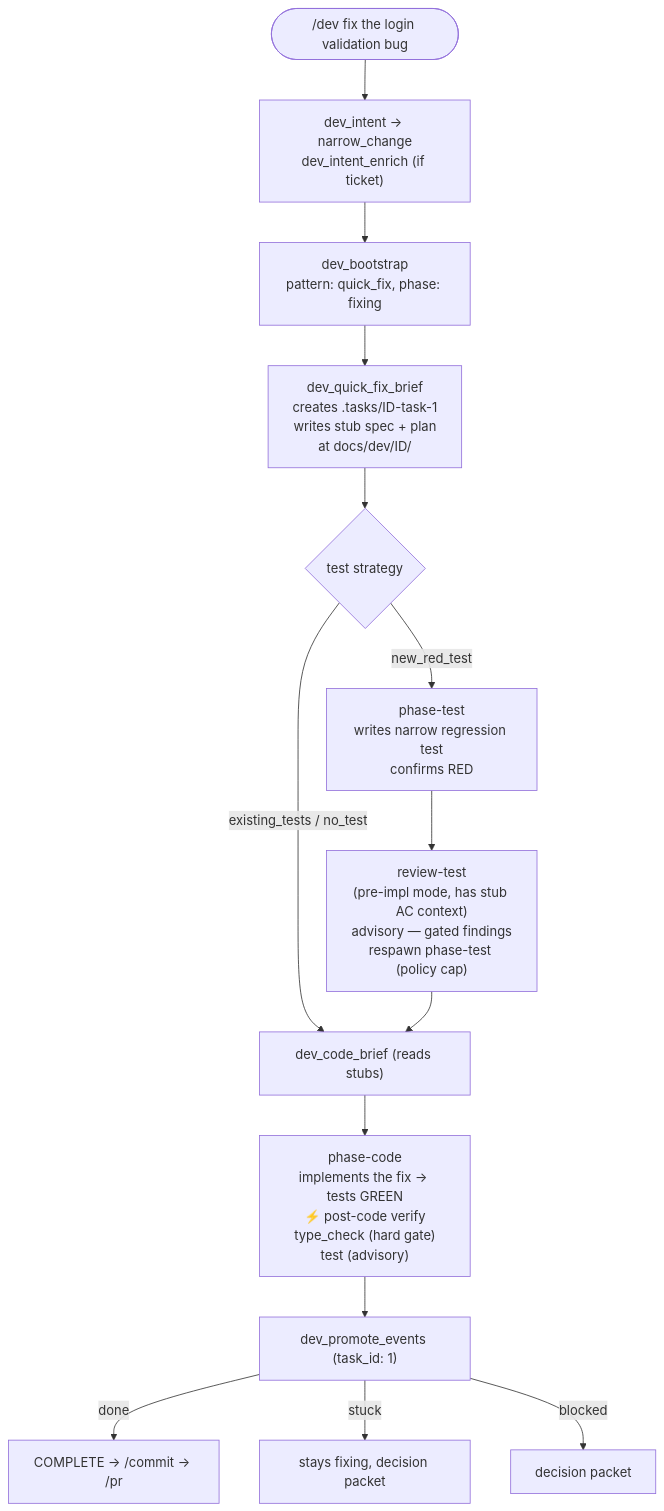
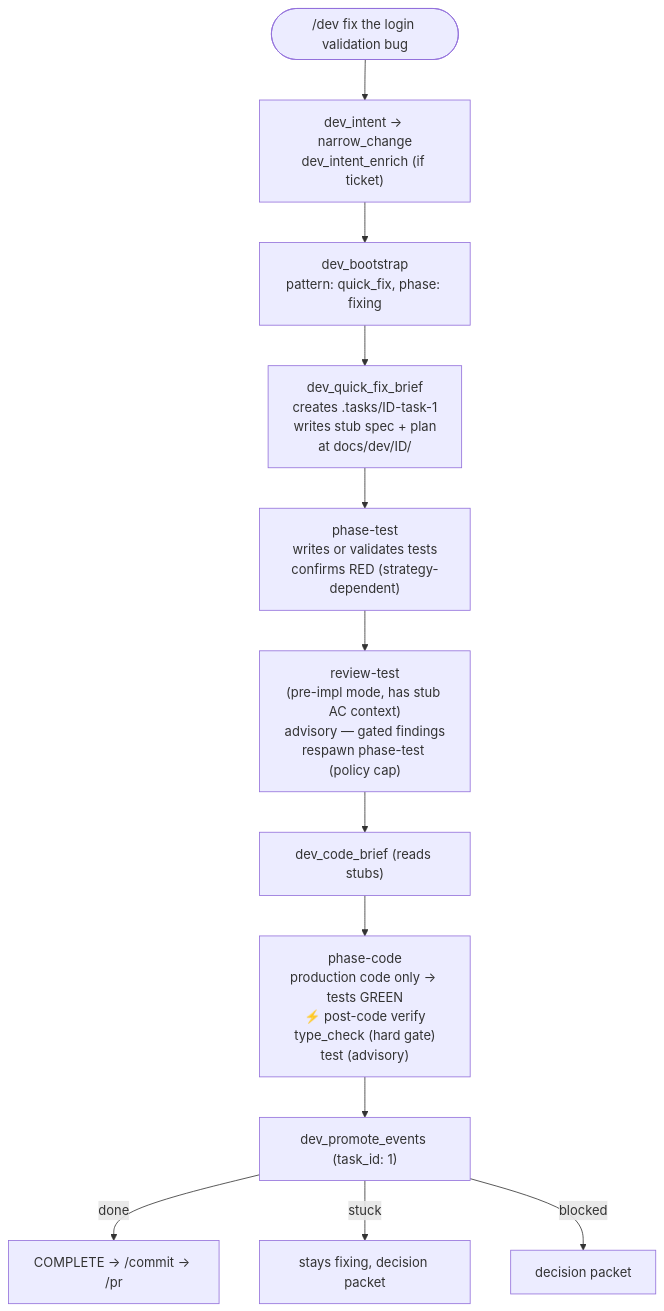
The third of 8 diagrams in docs/pipeline.md (cshirley/accord), drawn with Mermaid before and after one commit. The commit also changed other lines of this file and 60 other files, not shown here.

````diff
--- a/docs/pipeline.md
+++ b/docs/pipeline.md
@@ -73,16 +73,14 @@
 ```mermaid
 flowchart TD
     START(["/dev fix the login validation bug"]) --> INTENT["dev_intent → narrow_change<br/>dev_intent_enrich (if ticket)"]
     INTENT --> BOOT["dev_bootstrap<br/>pattern: quick_fix, phase: fixing"]
     BOOT --> BRIEF["dev_quick_fix_brief<br/>creates .tasks/ID-task-1<br/>writes stub spec + plan<br/>at docs/dev/ID/"]
-    BRIEF --> STRAT{test strategy}
-    STRAT -->|new_red_test| TEST["phase-test<br/>writes narrow regression test<br/>confirms RED"]
-    STRAT -->|existing_tests / no_test| CODEBR
+    BRIEF --> TEST["phase-test<br/>writes or validates tests<br/>confirms RED (strategy-dependent)"]
     TEST --> RT["review-test<br/>(pre-impl mode, has stub AC context)<br/>advisory — gated findings<br/>respawn phase-test (policy cap)"]
     RT --> CODEBR["dev_code_brief (reads stubs)"]
-    CODEBR --> CODE["phase-code<br/>implements the fix → tests GREEN<br/>⚡ post-code verify<br/>type_check (hard gate)<br/>test (advisory)"]
+    CODEBR --> CODE["phase-code<br/>production code only → tests GREEN<br/>⚡ post-code verify<br/>type_check (hard gate)<br/>test (advisory)"]
     CODE --> PROMOTE["dev_promote_events (task_id: 1)"]
     PROMOTE -->|done| OUT1["COMPLETE → /commit → /pr"]
     PROMOTE -->|stuck| OUT2["stays fixing, decision packet"]
     PROMOTE -->|blocked| OUT3["decision packet"]
 ```
````
